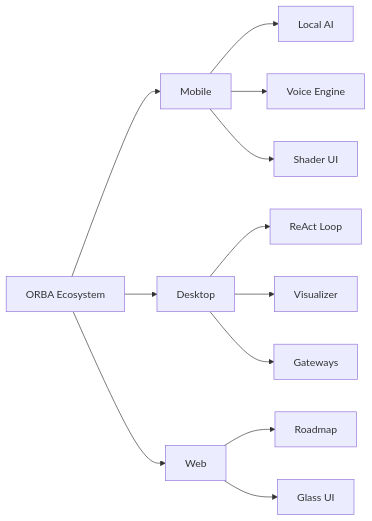
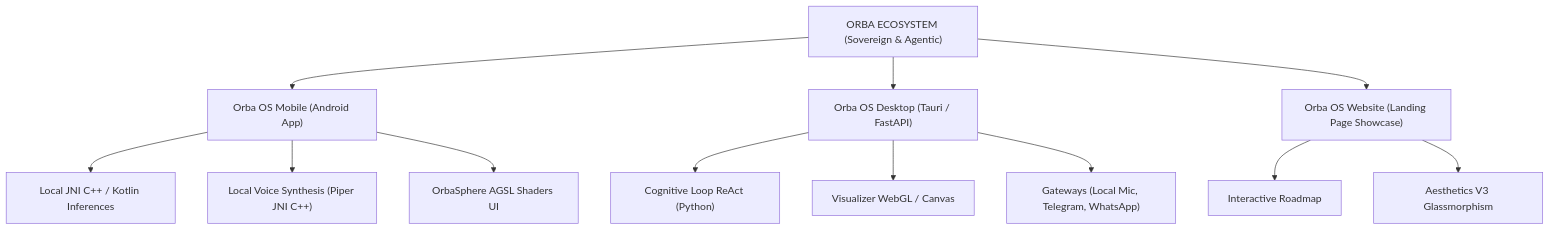
One commit to AlexKoncept/ORBA_OS changed the first of 2 diagrams in README.md. Above: the diagram before and after it, drawn with Mermaid.

````diff
--- a/README.md
+++ b/README.md
@@ -47,20 +47,17 @@
 ```mermaid
-graph LR
+graph TD
+    A["ORBA ECOSYSTEM (Sovereign & Agentic)"] --> B["Orba OS Mobile (Android App)"]
+    A --> C["Orba OS Desktop (Tauri / FastAPI)"]
+    A --> D["Orba OS Website (Landing Page Showcase)"]
 
-    A[ORBA Ecosystem]
+    B --> B1["Local JNI C++ / Kotlin Inferences"]
+    B --> B2["Local Voice Synthesis (Piper JNI C++)"]
+    B --> B3["OrbaSphere AGSL Shaders UI"]
 
-    A --> B[Mobile]
-    A --> C[Desktop]
-    A --> D[Web]
+    C --> C1["Cognitive Loop ReAct (Python)"]
+    C --> C2["Visualizer WebGL / Canvas"]
+    C --> C3["Gateways (Local Mic, Telegram, WhatsApp)"]
 
-    B --> B1[Local AI]
-    B --> B2[Voice Engine]
-    B --> B3[Shader UI]
-
-    C --> C1[ReAct Loop]
-    C --> C2[Visualizer]
-    C --> C3[Gateways]
-
-    D --> D1[Roadmap]
-    D --> D2[Glass UI]
+    D --> D1["Interactive Roadmap"]
+    D --> D2["Aesthetics V3 Glassmorphism"]
 ```
````
